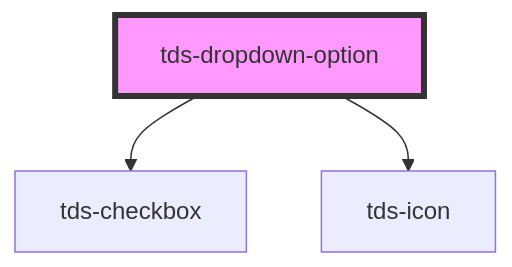
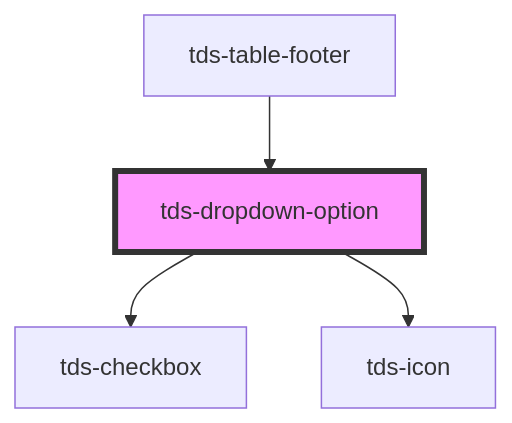
Before and after one commit to scania-digital-design-system/tegel: the diagram in packages/core/src/components/dropdown/dropdown-option/readme.md, drawn with Mermaid. The commit also changed other lines of this file and 12 other files, not shown here.

````diff
--- a/packages/core/src/components/dropdown/dropdown-option/readme.md
+++ b/packages/core/src/components/dropdown/dropdown-option/readme.md
@@ -59,6 +63,7 @@
 ```mermaid
 graph TD;
   tds-dropdown-option --> tds-checkbox
   tds-dropdown-option --> tds-icon
+  tds-table-footer --> tds-dropdown-option
   style tds-dropdown-option fill:#f9f,stroke:#333,stroke-width:4px
 ```
````
